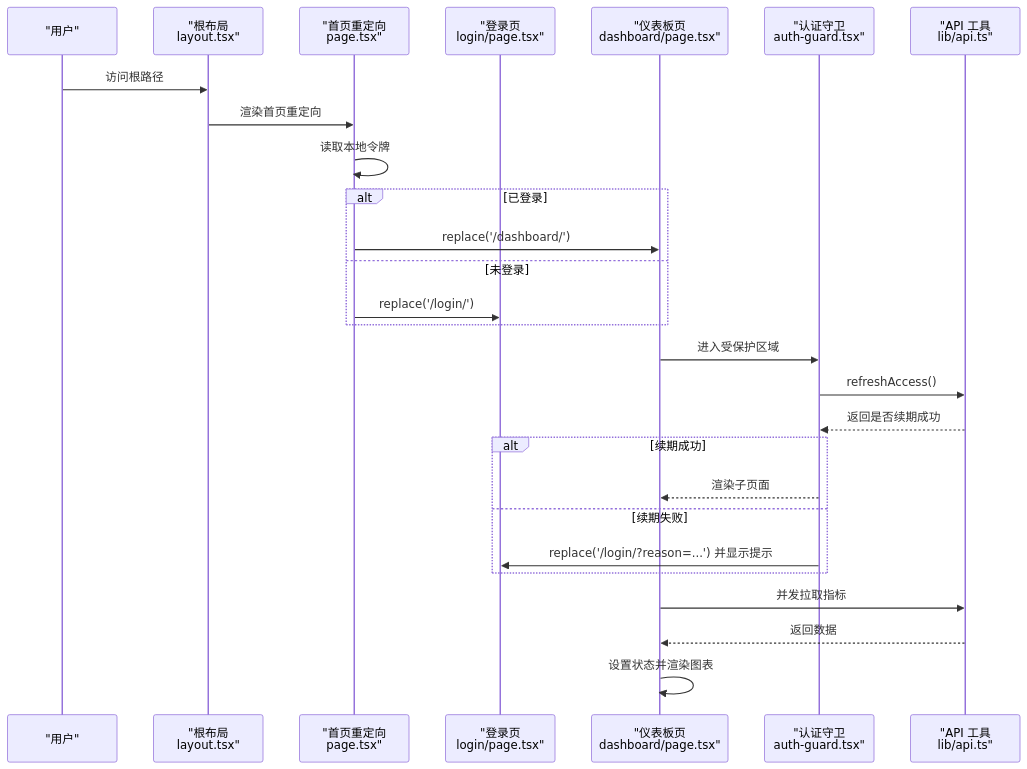
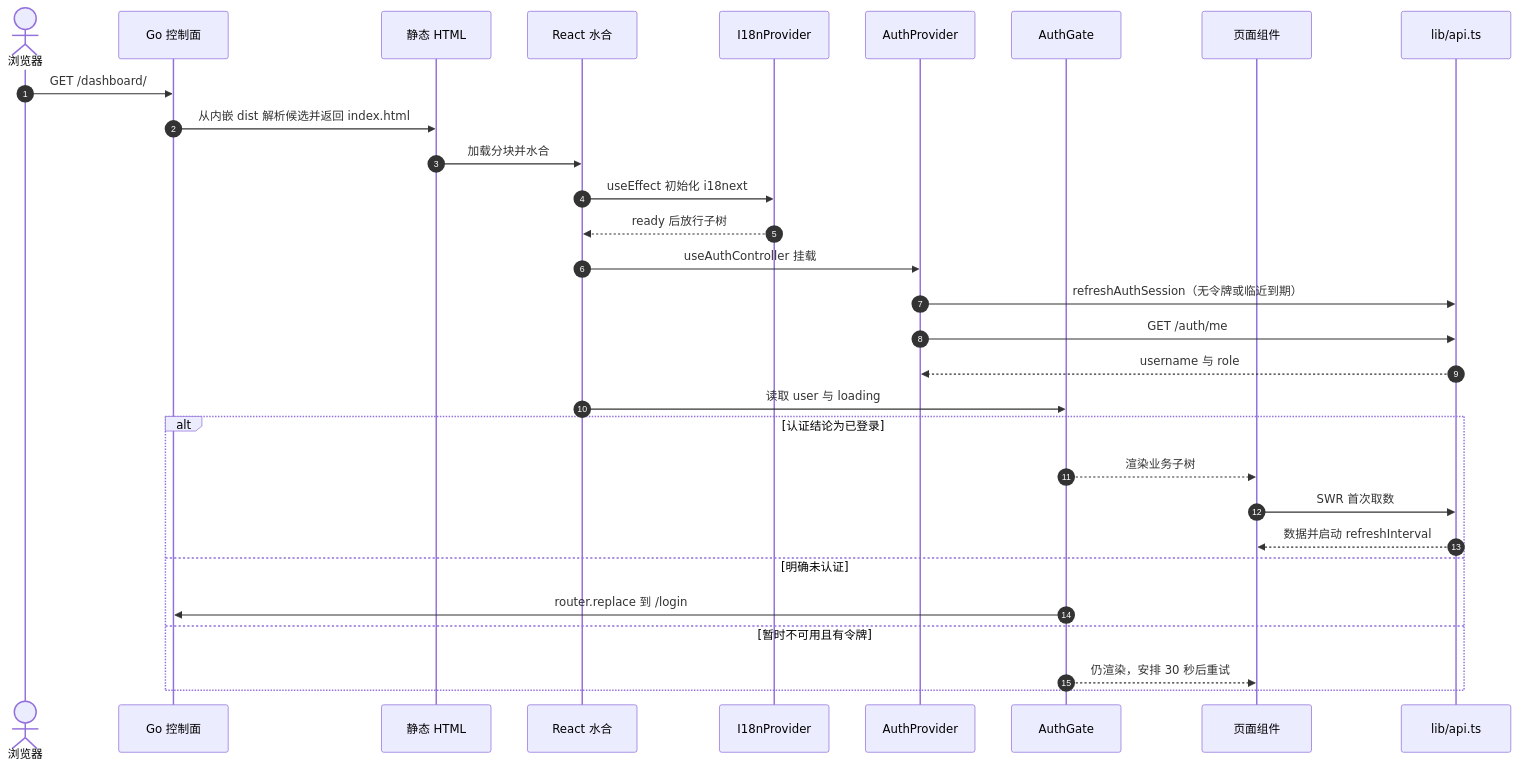
One commit to x01n/My-OpenWaf changed the third of 9 diagrams in docs/前端管理界面/Next.js 架构设计/页面生命周期与渲染策略.md. Above: the diagram before and after it, drawn with Mermaid. The commit also changed other lines of this file and 622 other files, not shown here.

````diff
--- a/docs/前端管理界面/Next.js 架构设计/页面生命周期与渲染策略.md
+++ b/docs/前端管理界面/Next.js 架构设计/页面生命周期与渲染策略.md
@@ -106,29 +196,32 @@
 ```mermaid
 sequenceDiagram
-participant U as "用户"
-participant R as "根布局<br/>layout.tsx"
-participant P as "首页重定向<br/>page.tsx"
-participant L as "登录页<br/>login/page.tsx"
-participant D as "仪表板页<br/>dashboard/page.tsx"
-participant G as "认证守卫<br/>auth-guard.tsx"
-participant A as "API 工具<br/>lib/api.ts"
-U->>R : 访问根路径
-R->>P : 渲染首页重定向
-P->>P : 读取本地令牌
-alt 已登录
-P->>D : replace('/dashboard/')
-else 未登录
-P->>L : replace('/login/')
-end
-D->>G : 进入受保护区域
-G->>A : refreshAccess()
-A-->>G : 返回是否续期成功
-alt 续期成功
-G-->>D : 渲染子页面
-else 续期失败
-G->>L : replace('/login/?reason=...') 并显示提示
-end
-D->>A : 并发拉取指标
-A-->>D : 返回数据
-D->>D : 设置状态并渲染图表
+  autonumber
+  actor U as 浏览器
+  participant G as Go 控制面
+  participant H as 静态 HTML
+  participant P as React 水合
+  participant IA as I18nProvider
+  participant AU as AuthProvider
+  participant GT as AuthGate
+  participant PG as 页面组件
+  participant API as lib/api.ts
+  U->>G: GET /dashboard/
+  G->>H: 从内嵌 dist 解析候选并返回 index.html
+  H->>P: 加载分块并水合
+  P->>IA: useEffect 初始化 i18next
+  IA-->>P: ready 后放行子树
+  P->>AU: useAuthController 挂载
+  AU->>API: refreshAuthSession（无令牌或临近到期）
+  AU->>API: GET /auth/me
+  API-->>AU: username 与 role
+  P->>GT: 读取 user 与 loading
+  alt 认证结论为已登录
+    GT-->>PG: 渲染业务子树
+    PG->>API: SWR 首次取数
+    API-->>PG: 数据并启动 refreshInterval
+  else 明确未认证
+    GT->>G: router.replace 到 /login
+  else 暂时不可用且有令牌
+    GT-->>PG: 仍渲染，安排 30 秒后重试
+  end
 ```
````
